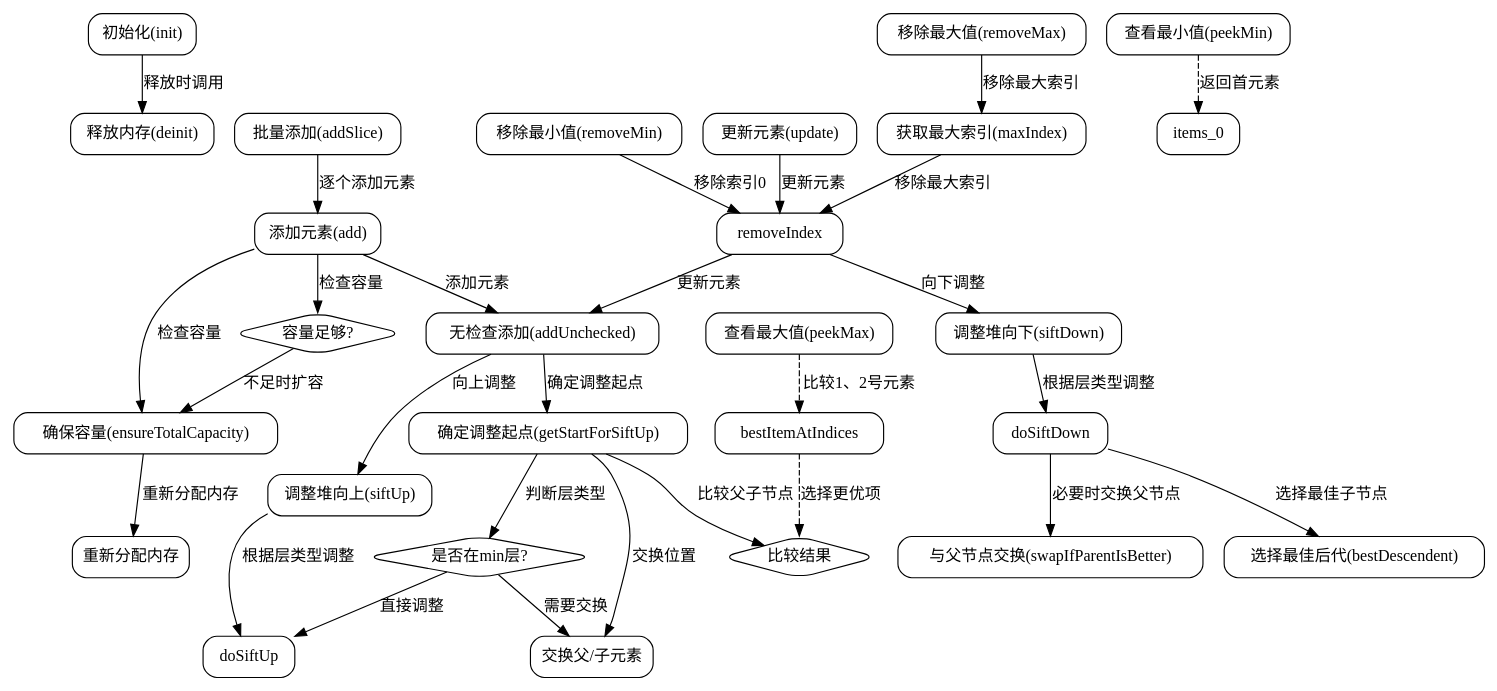
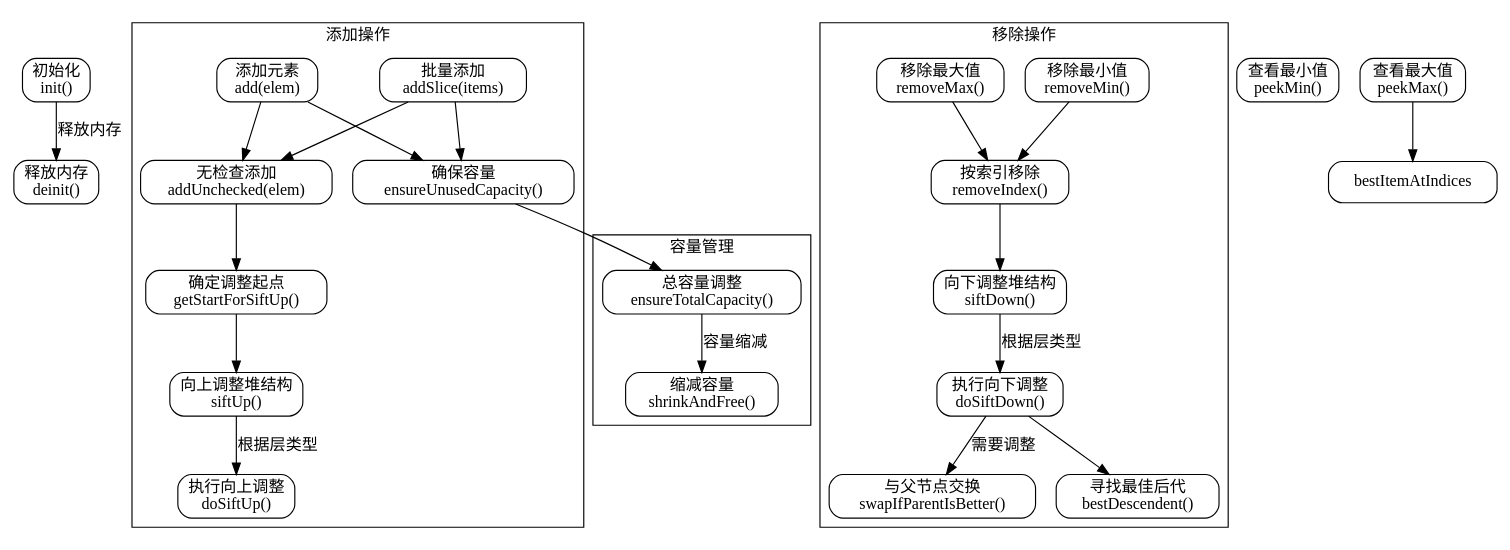
One commit to sdzx-1/deepseek-zig-reader changed the diagram in dot_std/priority_dequeue.zig.PriorityDequeue.md. Above: the diagram before and after it, drawn with Graphviz. The commit also changed other lines of this file and 236 other files, not shown here.

````diff
--- a/dot_std/priority_dequeue.zig.PriorityDequeue.md
+++ b/dot_std/priority_dequeue.zig.PriorityDequeue.md
@@ -28,66 +40,74 @@
 ```dot
 digraph PriorityDequeue {
-    rankdir=TB;
     node [shape=rectangle, style=rounded];
 
-    // 主流程
-    init [label="初始化(init)"];
-    deinit [label="释放内存(deinit)"];
-    add [label="添加元素(add)"];
-    addSlice [label="批量添加(addSlice)"];
-    removeMin [label="移除最小值(removeMin)"];
-    removeMax [label="移除最大值(removeMax)"];
-    peekMin [label="查看最小值(peekMin)"];
-    peekMax [label="查看最大值(peekMax)"];
-    update [label="更新元素(update)"];
-    ensureCapacity [label="确保容量(ensureTotalCapacity)"];
-    siftUp [label="调整堆向上(siftUp)"];
-    siftDown [label="调整堆向下(siftDown)"];
-    getStartForSiftUp [label="确定调整起点(getStartForSiftUp)"];
-    swapIfParentIsBetter [label="与父节点交换(swapIfParentIsBetter)"];
+    // 初始化与销毁
+    init [label="初始化\ninit()"];
+    deinit [label="释放内存\ndeinit()"];
+
+    // 添加元素
+    add [label="添加元素\nadd(elem)"];
+    addSlice [label="批量添加\naddSlice(items)"];
+    ensureUnusedCapacity [label="确保容量\nensureUnusedCapacity()"];
+    addUnchecked [label="无检查添加\naddUnchecked(elem)"];
+    getStartForSiftUp [label="确定调整起点\ngetStartForSiftUp()"];
+    siftUp [label="向上调整堆结构\nsiftUp()"];
+    doSiftUp [label="执行向上调整\ndoSiftUp()"];
+
+    // 移除元素
+    removeMin [label="移除最小值\nremoveMin()"];
+    removeMax [label="移除最大值\nremoveMax()"];
+    removeIndex [label="按索引移除\nremoveIndex()"];
+    siftDown [label="向下调整堆结构\nsiftDown()"];
+    doSiftDown [label="执行向下调整\ndoSiftDown()"];
+    swapIfParentIsBetter [label="与父节点交换\nswapIfParentIsBetter()"];
+    bestDescendent [label="寻找最佳后代\nbestDescendent()"];
+
+    // 查看元素
+    peekMin [label="查看最小值\npeekMin()"];
+    peekMax [label="查看最大值\npeekMax()"];
+
+    // 容量管理
+    ensureTotalCapacity [label="总容量调整\nensureTotalCapacity()"];
+    shrinkAndFree [label="缩减容量\nshrinkAndFree()"];
 
     // 结构关系
-    init -> deinit [label="释放时调用"];
-    add -> ensureCapacity [label="检查容量"];
-    add -> addUnchecked [label="添加元素"];
-    addUnchecked -> getStartForSiftUp [label="确定调整起点"];
-    addUnchecked -> siftUp [label="向上调整"];
-    addSlice -> add [label="逐个添加元素"];
-    removeMin -> removeIndex [label="移除索引0"];
-    removeMax -> maxIndex -> removeIndex [label="移除最大索引"];
-    removeIndex -> siftDown [label="向下调整"];
-    update -> removeIndex -> addUnchecked [label="更新元素"];
-    ensureCapacity -> realloc [label="重新分配内存"];
-    siftUp -> doSiftUp [label="根据层类型调整"];
-    siftDown -> doSiftDown [label="根据层类型调整"];
-    doSiftDown -> bestDescendent [label="选择最佳子节点"];
-    doSiftDown -> swapIfParentIsBetter [label="必要时交换父节点"];
-    getStartForSiftUp -> compareFn [label="比较父子节点"];
-    getStartForSiftUp -> swap [label="交换位置"];
+    init -> deinit [label="释放内存"];
+    
+    add -> ensureUnusedCapacity;
+    add -> addUnchecked;
+    addSlice -> ensureUnusedCapacity;
+    addSlice -> addUnchecked;
+    addUnchecked -> getStartForSiftUp;
+    getStartForSiftUp -> siftUp;
+    siftUp -> doSiftUp [label="根据层类型"];
+    
+    removeMin -> removeIndex;
+    removeMax -> removeIndex;
+    removeIndex -> siftDown;
+    siftDown -> doSiftDown [label="根据层类型"];
+    doSiftDown -> bestDescendent;
+    doSiftDown -> swapIfParentIsBetter [label="需要调整"];
+    
+    peekMax -> bestItemAtIndices;
+    
+    ensureTotalCapacity -> shrinkAndFree [label="容量缩减"];
+    ensureUnusedCapacity -> ensureTotalCapacity;
 
-    // 条件判断
-    compareFn [shape=diamond, label="比较结果"];
-    isMinLayer [shape=diamond, label="是否在min层?"];
-    capacityCheck [shape=diamond, label="容量足够?"];
-
-    // 连接条件
-    add -> capacityCheck [label="检查容量"];
-    capacityCheck -> ensureCapacity [label="不足时扩容"];
-    getStartForSiftUp -> isMinLayer [label="判断层类型"];
-    isMinLayer -> swap [label="需要交换"];
-    isMinLayer -> doSiftUp [label="直接调整"];
-
-    // 辅助节点
-    swap [label="交换父/子元素"];
-    realloc [label="重新分配内存"];
-    addUnchecked [label="无检查添加(addUnchecked)"];
-    maxIndex [label="获取最大索引(maxIndex)"];
-    bestDescendent [label="选择最佳后代(bestDescendent)"];
-
-    // 虚线连接表示次要流程
-    edge [style=dashed];
-    peekMin -> items_0 [label="返回首元素"];
-    peekMax -> bestItemAtIndices [label="比较1、2号元素"];
-    bestItemAtIndices -> compareFn [label="选择更优项"];
+    // 辅助节点分组
+    subgraph cluster_add {
+        label="添加操作";
+        add; addSlice; ensureUnusedCapacity; addUnchecked; getStartForSiftUp; siftUp; doSiftUp;
+    }
+    
+    subgraph cluster_remove {
+        label="移除操作";
+        removeMin; removeMax; removeIndex; siftDown; doSiftDown; swapIfParentIsBetter; bestDescendent;
+    }
+    
+    subgraph cluster_capacity {
+        label="容量管理";
+        ensureTotalCapacity; shrinkAndFree; ensureUnusedCapacity;
+    }
 }
-```
+``` 
````
